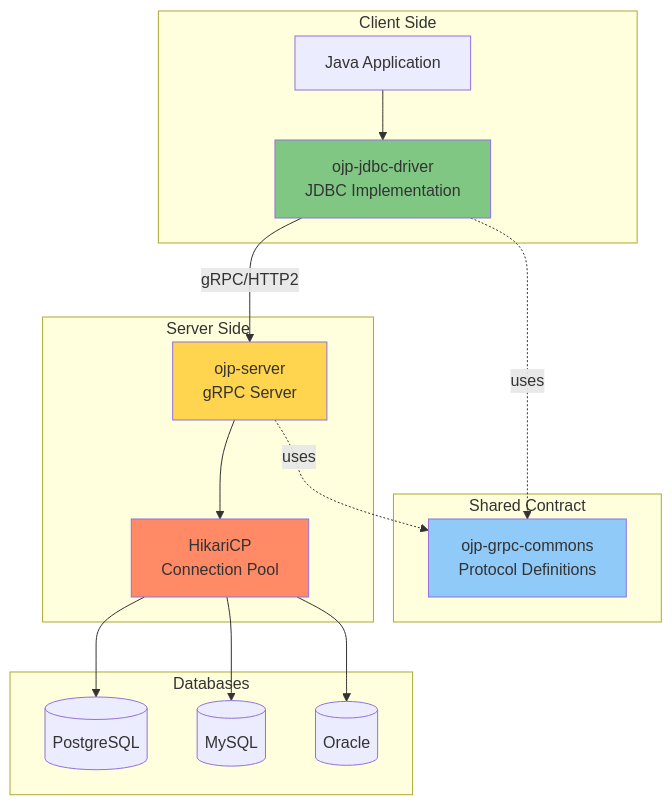
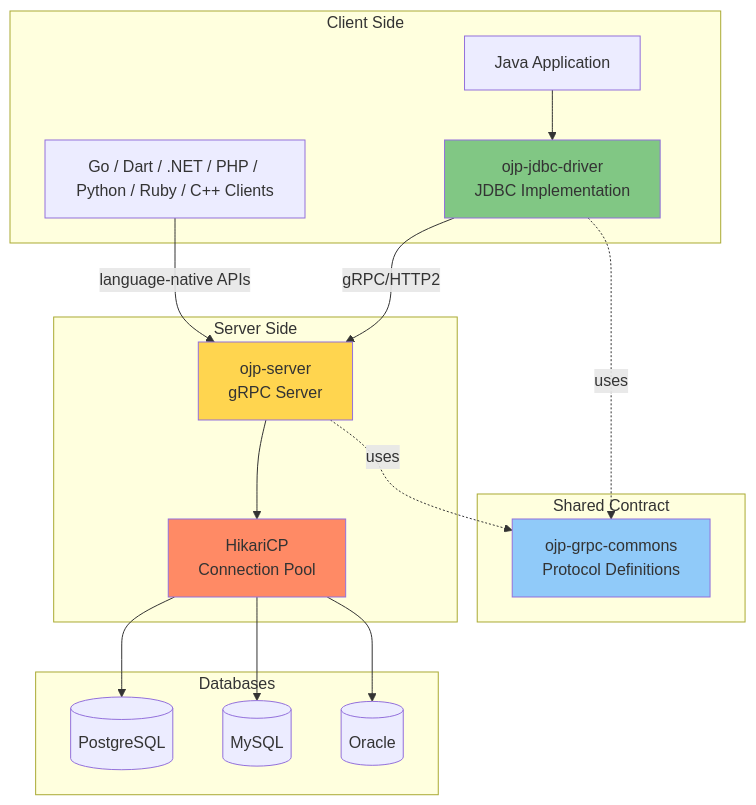
Before and after one commit to Open-J-Proxy/ojp: the first of 19 diagrams in documents/ebook/part1-chapter2-architecture.md, drawn with Mermaid. The commit also changed other lines of this file and 17 other files, not shown here.

Commit message:
Document current multi-language clients

````diff
--- a/documents/ebook/part1-chapter2-architecture.md
+++ b/documents/ebook/part1-chapter2-architecture.md
@@ -11,36 +11,38 @@
 ```mermaid
 graph TB
     subgraph "Client Side"
     APP[Java Application]
     DRIVER[ojp-jdbc-driver<br/>JDBC Implementation]
+    OTHER[Go / Dart / .NET / PHP / Python / Ruby / C++ Clients]
     end
     
     subgraph "Shared Contract"
     GRPC[ojp-grpc-commons<br/>Protocol Definitions]
     end
     
     subgraph "Server Side"
     SERVER[ojp-server<br/>gRPC Server]
     HIKARI[HikariCP<br/>Connection Pool]
     end
     
     subgraph "Databases"
     DB1[(PostgreSQL)]
     DB2[(MySQL)]
     DB3[(Oracle)]
     end
     
     APP --> DRIVER
+    OTHER -->|language-native APIs| SERVER
     DRIVER -.->|uses| GRPC
     DRIVER -->|gRPC/HTTP2| SERVER
     SERVER -.->|uses| GRPC
     SERVER --> HIKARI
     HIKARI --> DB1
     HIKARI --> DB2
     HIKARI --> DB3
     
     style DRIVER fill:#81c784
     style SERVER fill:#ffd54f
     style GRPC fill:#90caf9
     style HIKARI fill:#ff8a65
 ```
````
